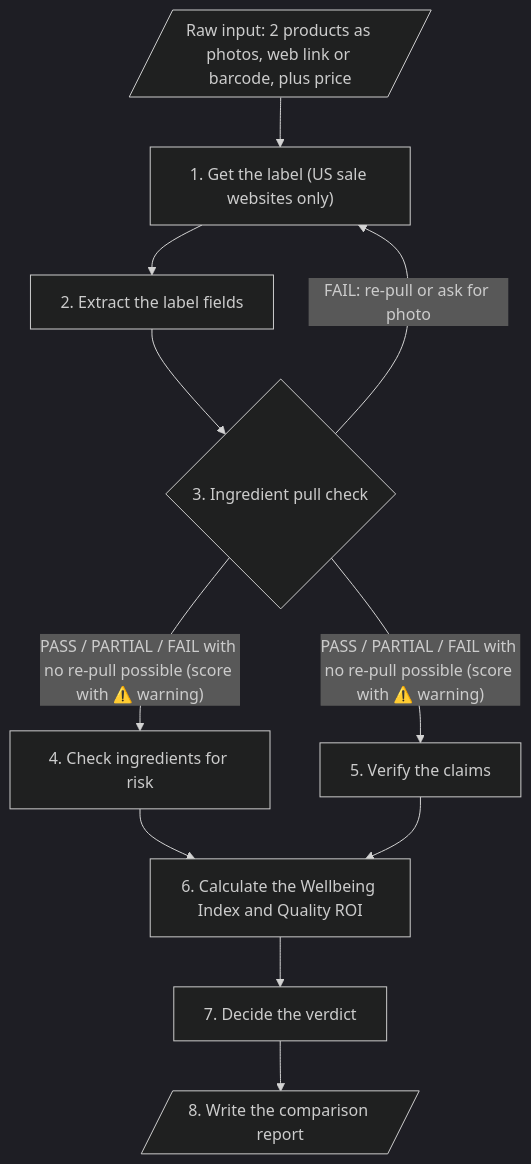
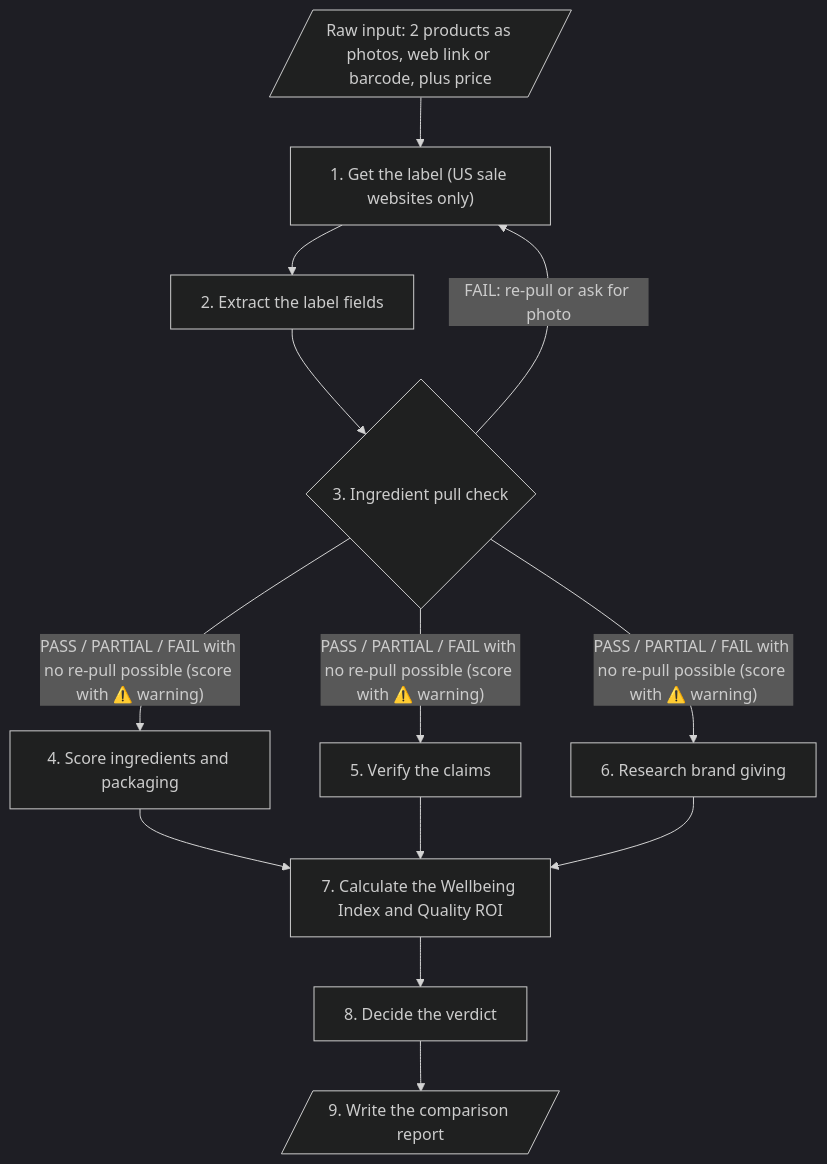
The diagram in PROCESS_FLOW.md (Murkhali108/Gtransfiormer), drawn with Mermaid (dark theme) before and after one commit. The commit also changed other lines of this file and 10 other files, not shown here.

First line of the commit message:
Rebuild Wellbeing Index on five 20% categories (VC feedback)

````diff
--- a/PROCESS_FLOW.md
+++ b/PROCESS_FLOW.md
@@ -5,14 +5,15 @@
 ```mermaid
 flowchart TD
     R[/"Raw input: 2 products as photos, web link or barcode, plus price"/] --> S1
     S1["1. Get the label (US sale websites only)"] --> S2
     S2["2. Extract the label fields"] --> S3
     S3{"3. Ingredient pull check"}
     S3 -- "FAIL: re-pull or ask for photo" --> S1
-    S3 -- "PASS / PARTIAL / FAIL with no re-pull possible (score with ⚠️ warning)" --> S4 & S5
-    S4["4. Check ingredients for risk"] --> S6
-    S5["5. Verify the claims"] --> S6
-    S6["6. Calculate the Wellbeing Index and Quality ROI"] --> S7
-    S7["7. Decide the verdict"] --> S8
-    S8[/"8. Write the comparison report"/]
+    S3 -- "PASS / PARTIAL / FAIL with no re-pull possible (score with ⚠️ warning)" --> S4 & S5 & S6
+    S4["4. Score ingredients and packaging"] --> S7
+    S5["5. Verify the claims"] --> S7
+    S6["6. Research brand giving"] --> S7
+    S7["7. Calculate the Wellbeing Index and Quality ROI"] --> S8
+    S8["8. Decide the verdict"] --> S9
+    S9[/"9. Write the comparison report"/]
 ```
````
